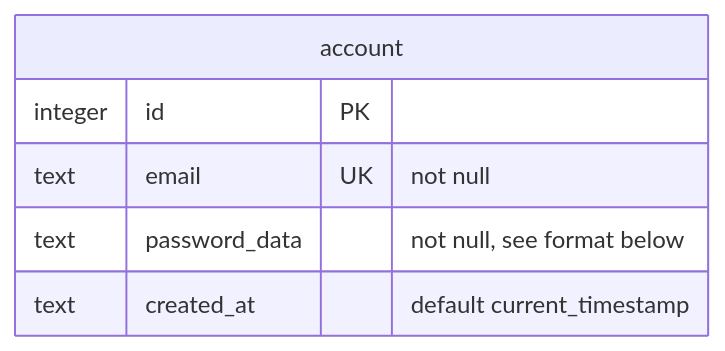
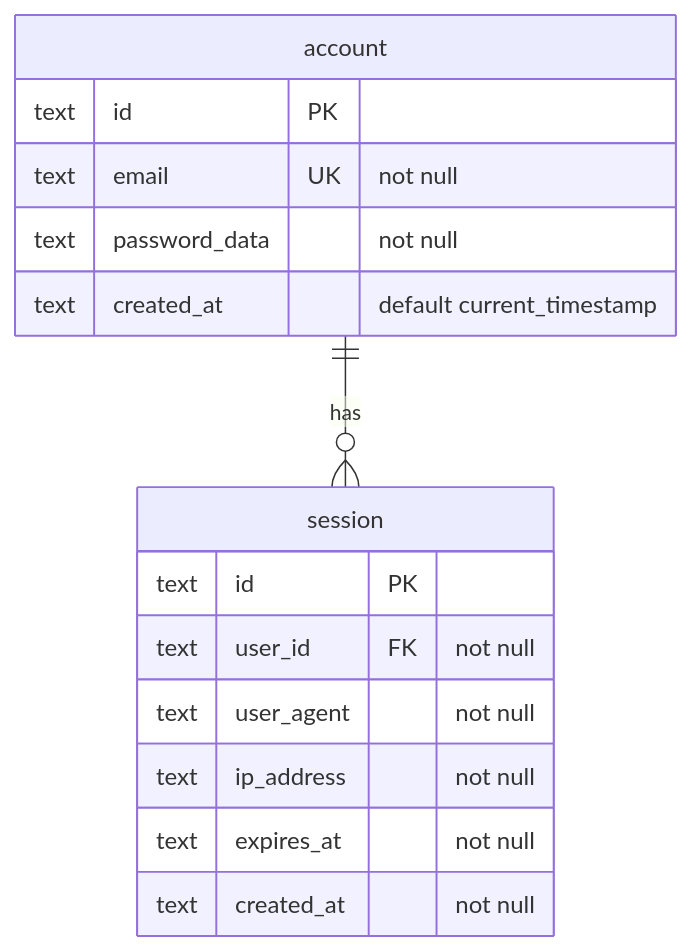
The diagram in README.md (vhscom/private-landing), drawn with Mermaid before and after one commit. The commit also changed other lines of this file and 8 other files, not shown here.

````diff
--- a/README.md
+++ b/README.md
@@ -53,9 +7,19 @@
 ```mermaid
 erDiagram
-    account {
-        integer id PK
-        text email UK "not null"
-        text password_data "not null, see format below"
-        text created_at "default current_timestamp"
-    }
+   account {
+      text id PK
+      text email UK "not null"
+      text password_data "not null"
+      text created_at "default current_timestamp"
+   }
+   session {
+      text id PK
+      text user_id FK "not null"
+      text user_agent "not null"
+      text ip_address "not null"
+      text expires_at "not null"
+      text created_at "not null"
+   }
+
+   account ||--o{ session : "has"
 ```
````
